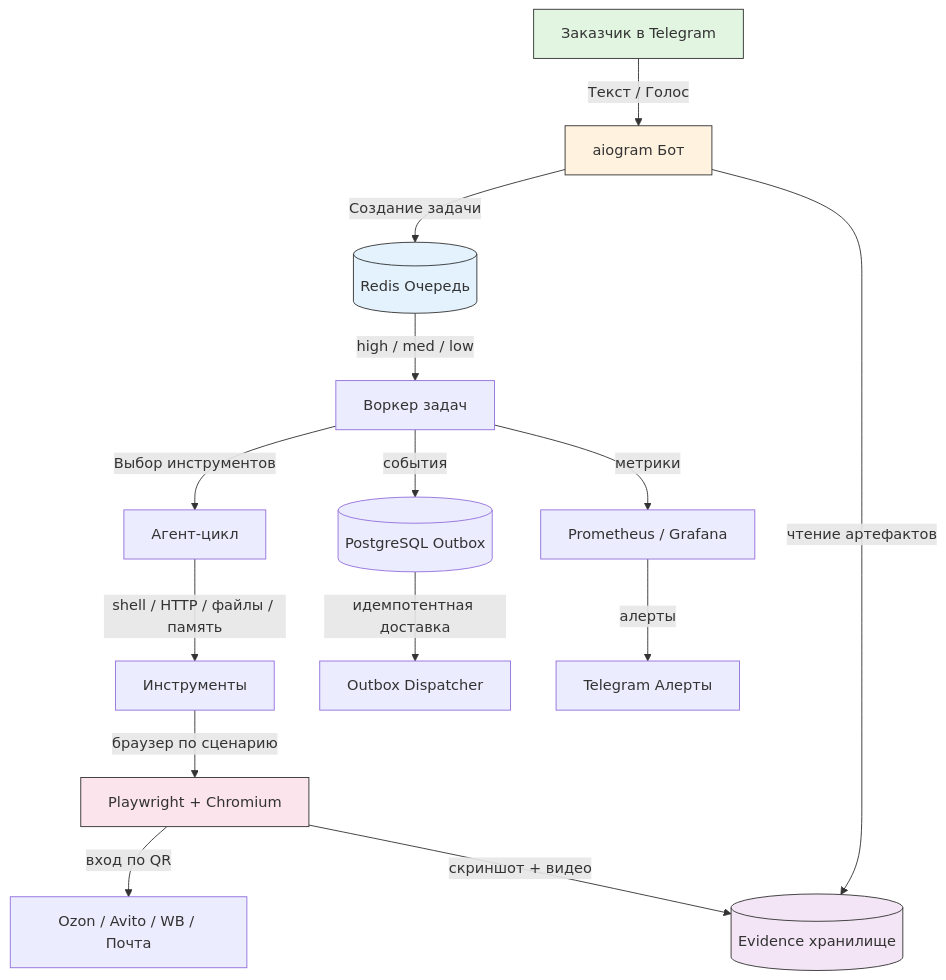
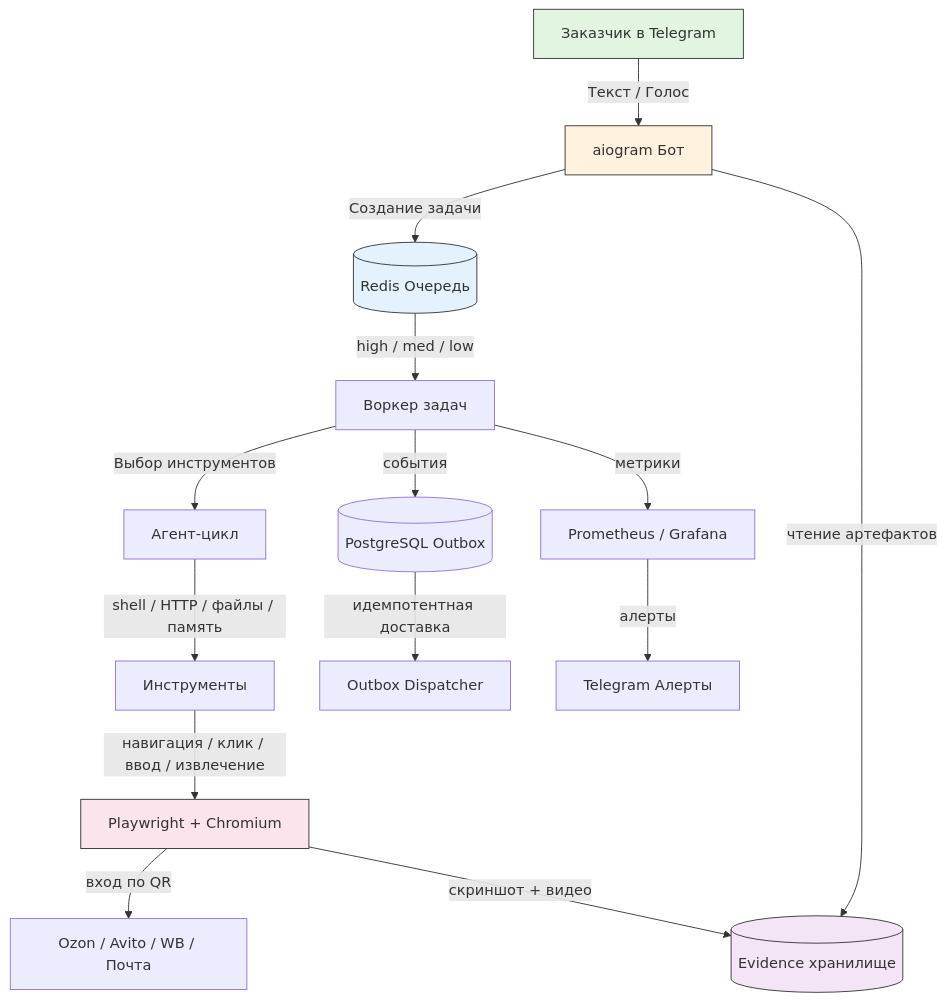
One commit to ninelegsdog/mvp-browser-agent changed the first of 2 diagrams in docs/ARCHITECTURE.md. Above: the diagram before and after it, drawn with Mermaid. The commit also changed other lines of this file and 52 other files, not shown here.

````diff
--- a/docs/ARCHITECTURE.md
+++ b/docs/ARCHITECTURE.md
@@ -7,27 +7,27 @@
 ```mermaid
 graph TD
     Client[Заказчик в Telegram] -->|Текст / Голос| Bot[aiogram Бот]
     Bot -->|Создание задачи| Queue[(Redis Очередь)]
     Queue -->|high / med / low| Worker[Воркер задач]
     Worker -->|Выбор инструментов| Agent[Агент-цикл]
     
     Agent -->|shell / HTTP / файлы / память| Tools[Инструменты]
-    Tools -->|браузер по сценарию| Browser[Playwright + Chromium]
+    Tools -->|навигация / клик / ввод / извлечение| Browser[Playwright + Chromium]
     
     Browser -->|вход по QR| Web[Ozon / Avito / WB / Почта]
     Browser -->|скриншот + видео| Evidence[(Evidence хранилище)]
     
     Worker -->|события| Outbox[(PostgreSQL Outbox)]
     Outbox -->|идемпотентная доставка| Dispatcher[Outbox Dispatcher]
     
     Worker -->|метрики| Metrics[Prometheus / Grafana]
     Metrics -->|алерты| Alerts[Telegram Алерты]
     
     Bot -->|чтение артефактов| Evidence
     
     style Client fill:#e1f5e1,stroke:#333
     style Bot fill:#fff3e0,stroke:#333
     style Queue fill:#e3f2fd,stroke:#333
     style Browser fill:#fce4ec,stroke:#333
     style Evidence fill:#f3e5f5,stroke:#333
 ```
````
